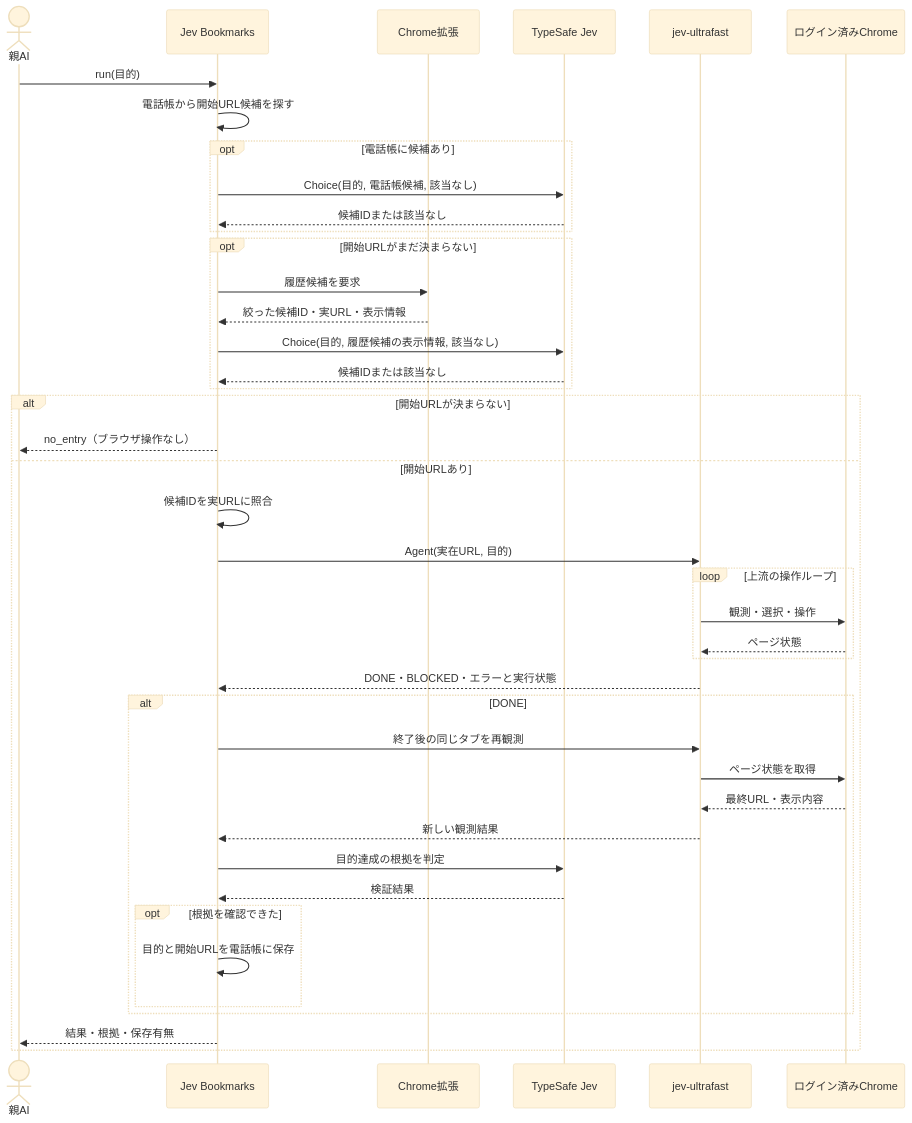
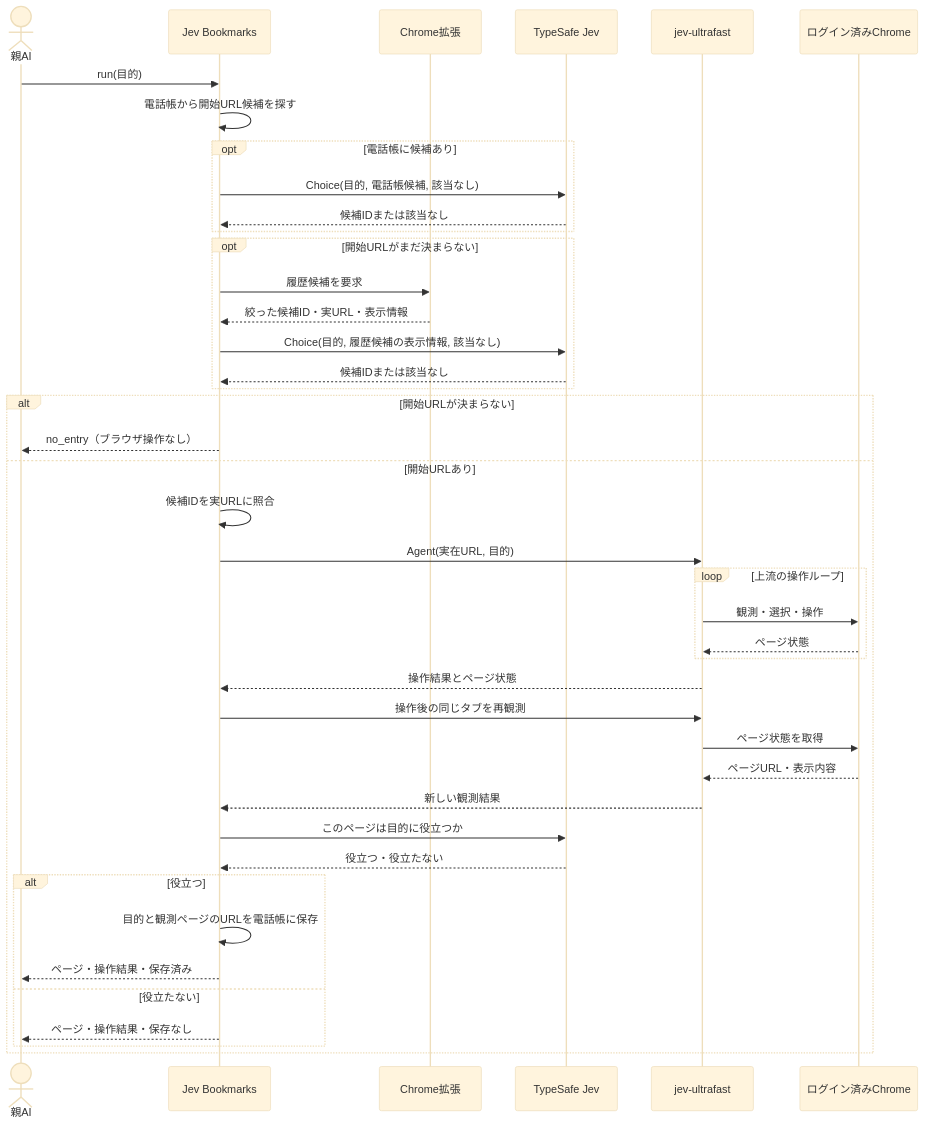
One commit to kitepon/jev-bookmarks changed the diagram in docs/design.md. Above: the diagram before and after it, drawn with Mermaid (base theme). The commit also changed other lines of this file and 1 other file, not shown here.

````diff
--- a/docs/design.md
+++ b/docs/design.md
@@ -11,44 +11,44 @@
 ```mermaid
 sequenceDiagram
     actor 親AI
     participant JB as Jev Bookmarks
     participant 履歴 as Chrome拡張
     participant Jev as TypeSafe Jev
     participant 操作 as jev-ultrafast
     participant Chrome as ログイン済みChrome
     親AI->>JB: run(目的)
     JB->>JB: 電話帳から開始URL候補を探す
     opt 電話帳に候補あり
         JB->>Jev: Choice(目的, 電話帳候補, 該当なし)
         Jev-->>JB: 候補IDまたは該当なし
     end
     opt 開始URLがまだ決まらない
         JB->>履歴: 履歴候補を要求
         履歴-->>JB: 絞った候補ID・実URL・表示情報
         JB->>Jev: Choice(目的, 履歴候補の表示情報, 該当なし)
         Jev-->>JB: 候補IDまたは該当なし
     end
     alt 開始URLが決まらない
         JB-->>親AI: no_entry（ブラウザ操作なし）
     else 開始URLあり
         JB->>JB: 候補IDを実URLに照合
         JB->>操作: Agent(実在URL, 目的)
         loop 上流の操作ループ
             操作->>Chrome: 観測・選択・操作
             Chrome-->>操作: ページ状態
         end
-        操作-->>JB: DONE・BLOCKED・エラーと実行状態
-        alt DONE
-            JB->>操作: 終了後の同じタブを再観測
-            操作->>Chrome: ページ状態を取得
-            Chrome-->>操作: 最終URL・表示内容
-            操作-->>JB: 新しい観測結果
-            JB->>Jev: 目的達成の根拠を判定
-            Jev-->>JB: 検証結果
-            opt 根拠を確認できた
-                JB->>JB: 目的と開始URLを電話帳に保存
-            end
+        操作-->>JB: 操作結果とページ状態
+        JB->>操作: 操作後の同じタブを再観測
+        操作->>Chrome: ページ状態を取得
+        Chrome-->>操作: ページURL・表示内容
+        操作-->>JB: 新しい観測結果
+        JB->>Jev: このページは目的に役立つか
+        Jev-->>JB: 役立つ・役立たない
+        alt 役立つ
+            JB->>JB: 目的と観測ページのURLを電話帳に保存
+            JB-->>親AI: ページ・操作結果・保存済み
+        else 役立たない
+            JB-->>親AI: ページ・操作結果・保存なし
         end
-        JB-->>親AI: 結果・根拠・保存有無
     end
 ```
````
